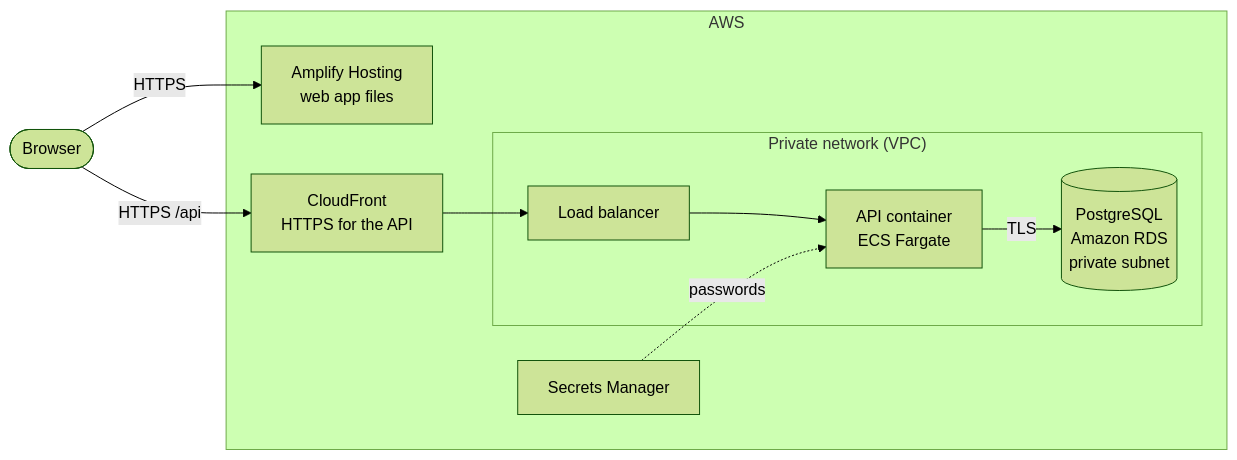
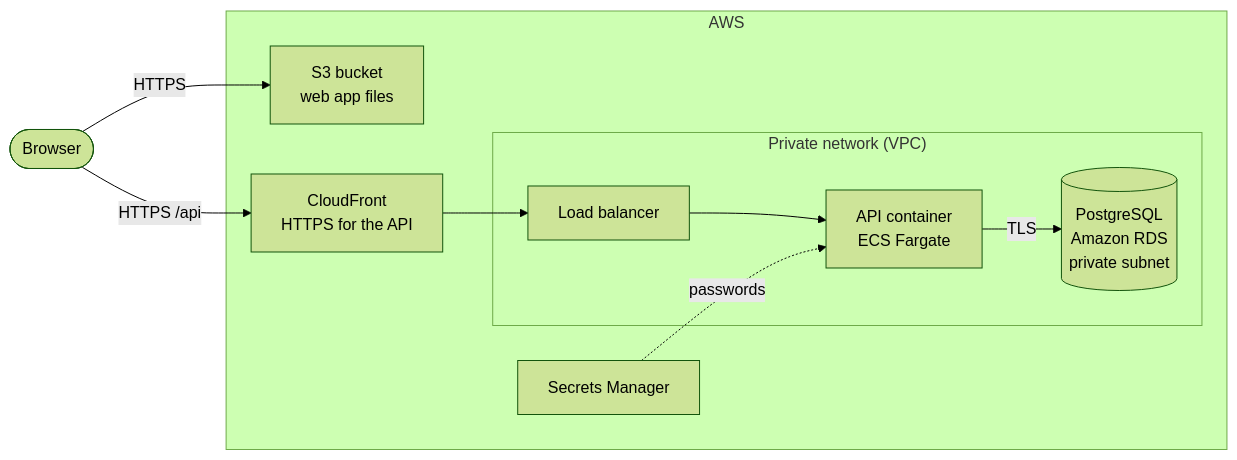
One commit to Ayush-B99/hierarchyHub changed the second of 3 diagrams in docs/technical/TECHNICAL.md. Above: the diagram before and after it, drawn with Mermaid (forest theme). The commit also changed other lines of this file and 10 other files, not shown here.

````diff
--- a/docs/technical/TECHNICAL.md
+++ b/docs/technical/TECHNICAL.md
@@ -37,17 +37,17 @@
 ```mermaid
 flowchart LR
     browser(["Browser"])
     subgraph aws["AWS"]
-        amp["Amplify Hosting<br/>web app files"]
+        amp["S3 bucket<br/>web app files"]
         cf["CloudFront<br/>HTTPS for the API"]
         subgraph vpc["Private network (VPC)"]
             alb["Load balancer"]
             api["API container<br/>ECS Fargate"]
             rds[("PostgreSQL<br/>Amazon RDS<br/>private subnet")]
         end
         sm["Secrets Manager"]
     end
     browser -->|"HTTPS"| amp
     browser -->|"HTTPS /api"| cf --> alb --> api -->|"TLS"| rds
     sm -.->|"passwords"| api
 ```
````
